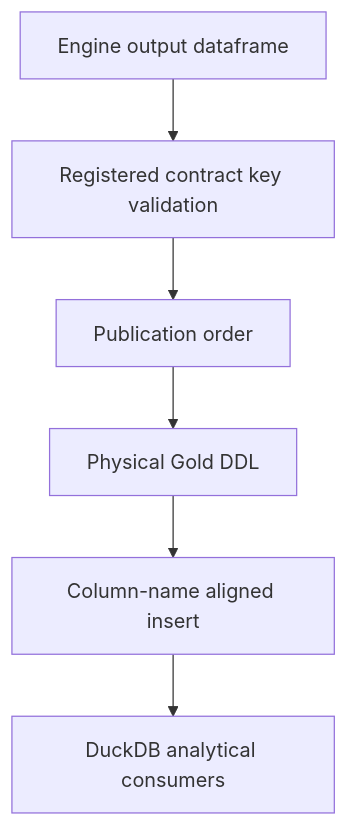
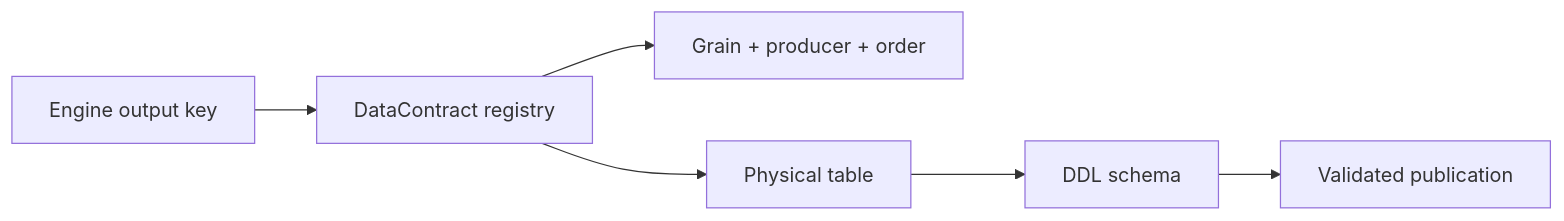
One commit to tks18/personal-finance-etl changed the diagram in docs/reference/gold-data-contracts.md. Above: the diagram before and after it, drawn with Mermaid. The commit also changed other lines of this file, not shown here.

````diff
--- a/docs/reference/gold-data-contracts.md
+++ b/docs/reference/gold-data-contracts.md
@@ -5,8 +9,8 @@
 ```mermaid
-flowchart TD
- P[Engine output dataframe] --> V[Registered contract key validation]
- V --> O[Publication order]
- O --> D[Physical Gold DDL]
- D --> I[Column-name aligned insert]
- I --> C[DuckDB analytical consumers]
+flowchart LR
+    P[Engine output key] --> R[DataContract registry]
+    R --> G[Grain + producer + order]
+    R --> T[Physical table]
+    T --> D[DDL schema]
+    D --> V[Validated publication]
 ```
````
